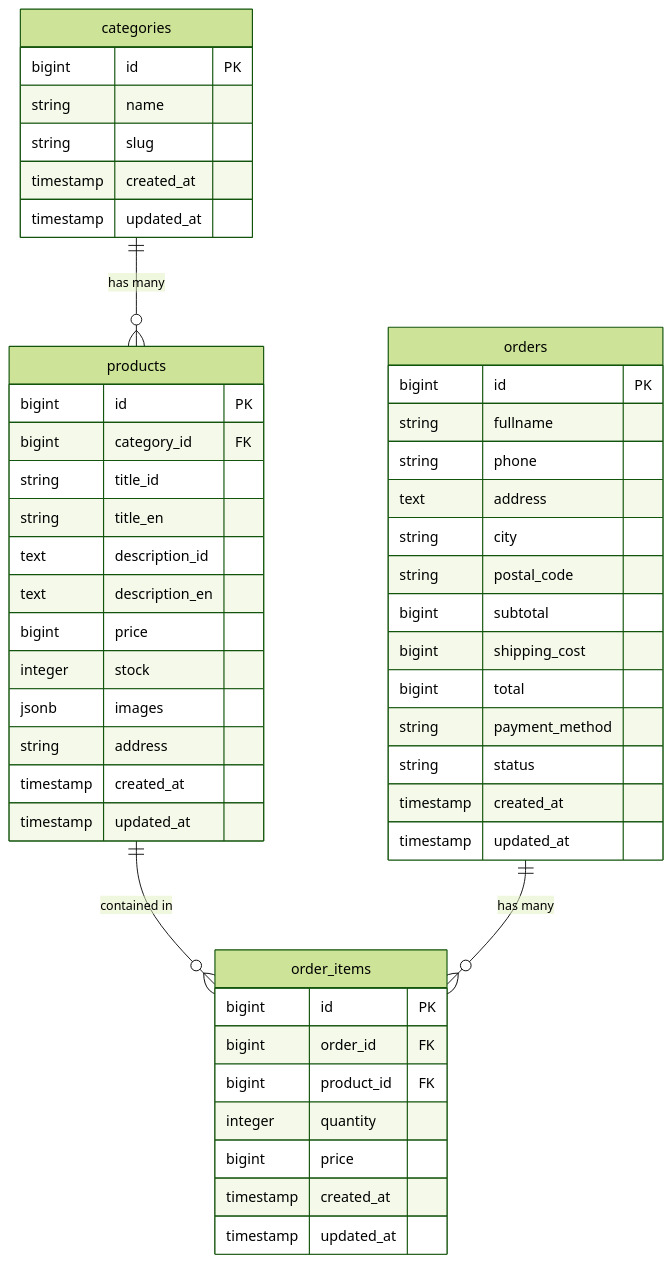
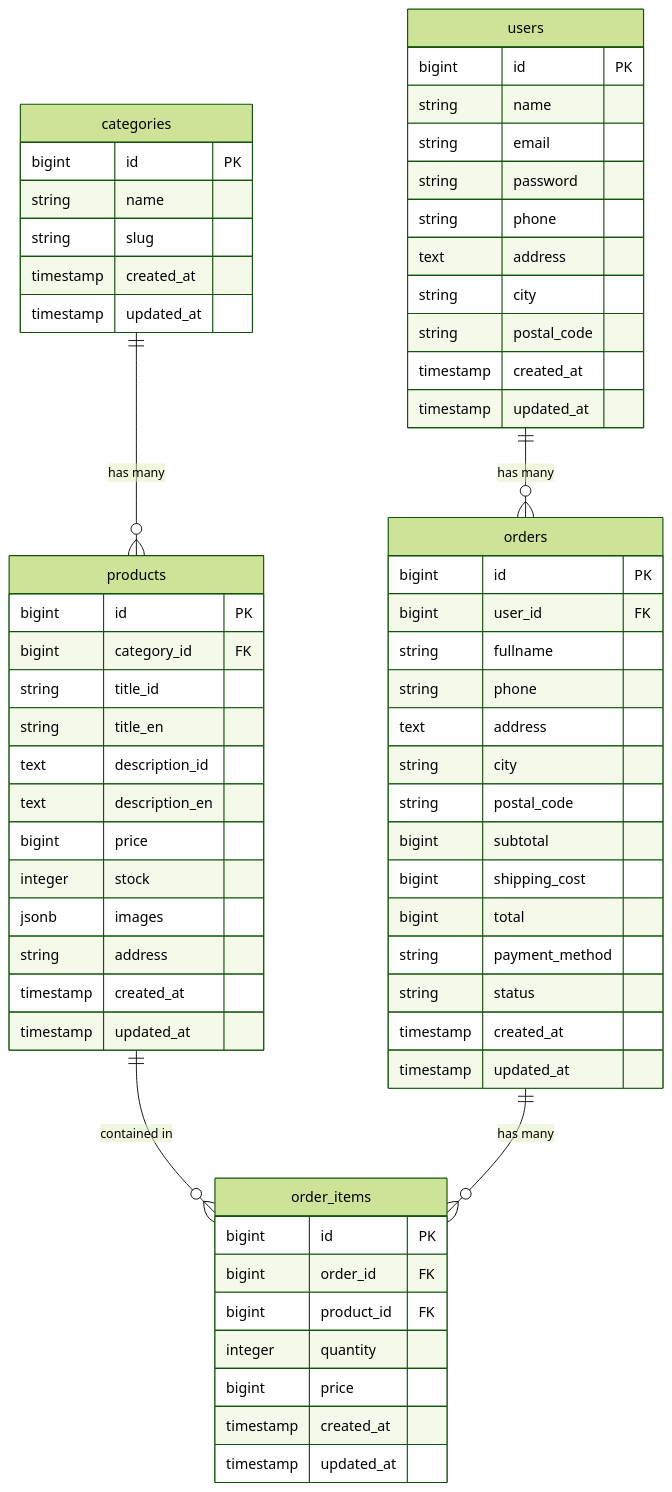
Before and after one commit to pangeranvalerensco-maker/minecart-laravel: the diagram in docs/DATABASE_SCHEMA.md, drawn with Mermaid (forest theme). The commit also changed other lines of this file and 21 other files, not shown here.

````diff
--- a/docs/DATABASE_SCHEMA.md
+++ b/docs/DATABASE_SCHEMA.md
@@ -7,55 +7,70 @@
 ```mermaid
 erDiagram
+    users ||--o{ orders : "has many"
     categories ||--o{ products : "has many"
     products ||--o{ order_items : "contained in"
     orders ||--o{ order_items : "has many"
+
+    users {
+        bigint id PK
+        string name
+        string email
+        string password
+        string phone
+        text address
+        string city
+        string postal_code
+        timestamp created_at
+        timestamp updated_at
+    }
 
     categories {
         bigint id PK
         string name
         string slug
         timestamp created_at
         timestamp updated_at
     }
 
     products {
         bigint id PK
         bigint category_id FK
         string title_id
         string title_en
         text description_id
         text description_en
         bigint price
         integer stock
         jsonb images
         string address
         timestamp created_at
         timestamp updated_at
     }
 
     orders {
         bigint id PK
+        bigint user_id FK
         string fullname
         string phone
         text address
         string city
         string postal_code
         bigint subtotal
         bigint shipping_cost
         bigint total
         string payment_method
         string status
         timestamp created_at
         timestamp updated_at
     }
 
     order_items {
         bigint id PK
         bigint order_id FK
         bigint product_id FK
         integer quantity
         bigint price
         timestamp created_at
         timestamp updated_at
     }
 ```
````
